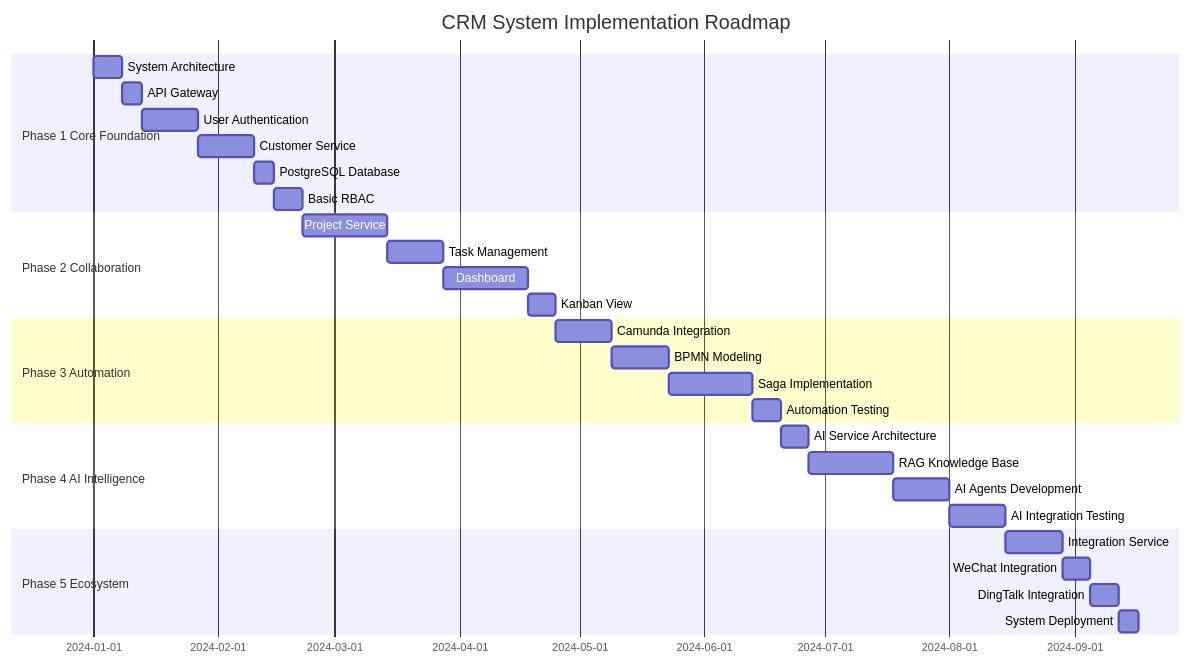
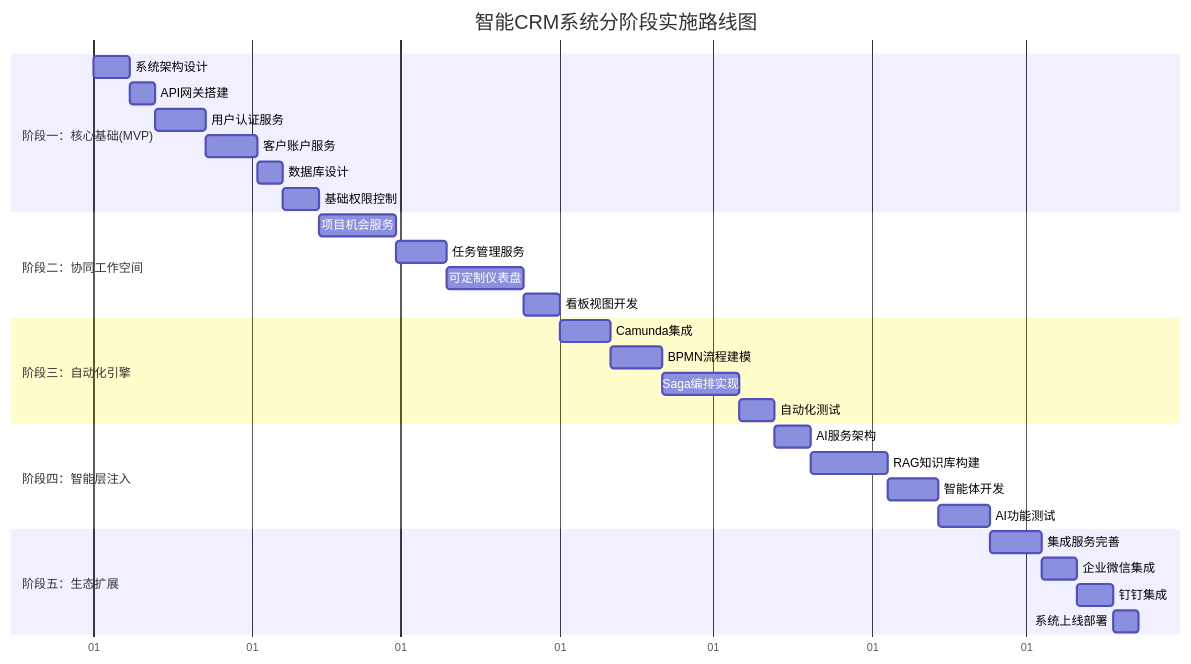
Before and after one commit to zavierd/ZHCRM: the sixth of 8 diagrams in master-simplified.md, drawn with Mermaid. The commit also changed 1 other file, not shown here.

Commit message:
fix: 优化Gantt图显示效果
- 恢复中文标题和任务名称，确保内容准确性
- 添加axisFormat %d配置，底部显示数字时间轴(1-2-3-4...)
- 调整任务时间为具体天数，更精确的时间规划
- 优化任务名称，使用标准的中文业务术语
- 确保图表在GitHub上正常渲染且易于理解

````diff
--- a/master-simplified.md
+++ b/master-simplified.md
@@ -601,37 +601,38 @@
 ```mermaid
 gantt
-    title CRM System Implementation Roadmap
+    title 智能CRM系统分阶段实施路线图
     dateFormat YYYY-MM-DD
+    axisFormat %d
 
-    section Phase 1 Core Foundation
-    System Architecture    :arch, 2024-01-01, 1w
-    API Gateway           :gateway, after arch, 5d
-    User Authentication   :auth, after gateway, 2w
-    Customer Service      :customer, after auth, 2w
-    PostgreSQL Database   :db, after customer, 5d
-    Basic RBAC           :rbac, after db, 1w
+    section 阶段一：核心基础(MVP)
+    系统架构设计    :arch, 2024-01-01, 7d
+    API网关搭建    :gateway, after arch, 5d
+    用户认证服务    :auth, after gateway, 10d
+    客户账户服务    :customer, after auth, 10d
+    数据库设计     :db, after customer, 5d
+    基础权限控制    :rbac, after db, 7d
 
-    section Phase 2 Collaboration
-    Project Service       :project, after rbac, 3w
-    Task Management      :task, after project, 2w
-    Dashboard           :dashboard, after task, 3w
-    Kanban View         :kanban, after dashboard, 1w
+    section 阶段二：协同工作空间
+    项目机会服务    :project, after rbac, 15d
+    任务管理服务    :task, after project, 10d
+    可定制仪表盘    :dashboard, after task, 15d
+    看板视图开发    :kanban, after dashboard, 7d
 
-    section Phase 3 Automation
-    Camunda Integration  :workflow, after kanban, 2w
-    BPMN Modeling       :bpmn, after workflow, 2w
-    Saga Implementation :saga, after bpmn, 3w
-    Automation Testing  :auto_test, after saga, 1w
+    section 阶段三：自动化引擎
+    Camunda集成   :workflow, after kanban, 10d
+    BPMN流程建模  :bpmn, after workflow, 10d
+    Saga编排实现  :saga, after bpmn, 15d
+    自动化测试    :auto_test, after saga, 7d
 
-    section Phase 4 AI Intelligence
-    AI Service Architecture :ai_arch, after auto_test, 1w
-    RAG Knowledge Base     :rag, after ai_arch, 3w
-    AI Agents Development  :agents, after rag, 2w
-    AI Integration Testing :ai_test, after agents, 2w
+    section 阶段四：智能层注入
+    AI服务架构    :ai_arch, after auto_test, 7d
+    RAG知识库构建 :rag, after ai_arch, 15d
+    智能体开发    :agents, after rag, 10d
+    AI功能测试    :ai_test, after agents, 10d
 
-    section Phase 5 Ecosystem
-    Integration Service    :integration, after ai_test, 2w
-    WeChat Integration    :wechat, after integration, 1w
-    DingTalk Integration  :dingtalk, after wechat, 1w
-    System Deployment     :deploy, after dingtalk, 5d
+    section 阶段五：生态扩展
+    集成服务完善    :integration, after ai_test, 10d
+    企业微信集成    :wechat, after integration, 7d
+    钉钉集成       :dingtalk, after wechat, 7d
+    系统上线部署    :deploy, after dingtalk, 5d
 ```
````
